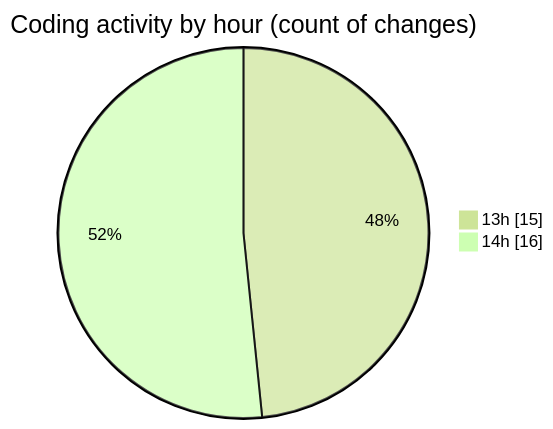
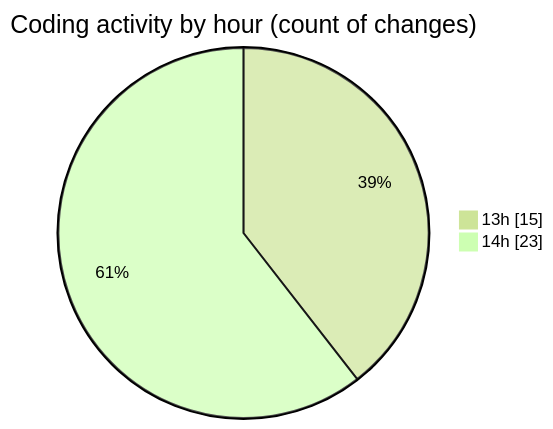
The second of 2 diagrams in 2025-09-17/cda/README.md (momahboobian/code-tracking), drawn with Mermaid (forest theme) before and after one commit. The commit also changed other lines of this file and 1 other file, not shown here.

````diff
--- a/2025-09-17/cda/README.md
+++ b/2025-09-17/cda/README.md
@@ -34,6 +34,6 @@
 ```mermaid
 pie showData
 title Coding activity by hour (count of changes)
 "13h" : 15
-"14h" : 16
+"14h" : 23
 ```
````
